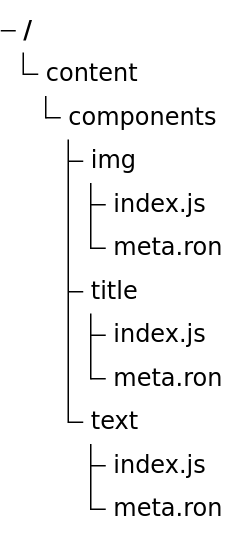
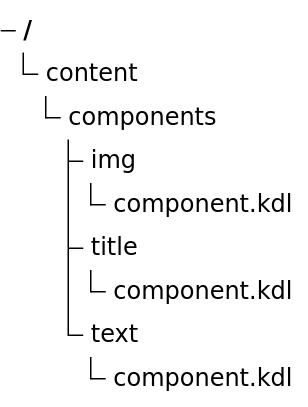
The second of 2 diagrams in README.md (Ertanic/roffen), drawn with Mermaid before and after one commit. The commit also changed other lines of this file and 4 other files, not shown here.

Commit message:
docs: update component documentation to use KDL syntax and add new template functions

````diff
--- a/README.md
+++ b/README.md
@@ -192,14 +195,11 @@
 ```mermaid
 treeView-beta
     "content"
         "components"
             "img"
-                "index.js"
-                "meta.ron"
+                "component.kdl"
             "title"
-                "index.js"
-                "meta.ron"
+                "component.kdl"
             "text"
-                "index.js"
-                "meta.ron"
+                "component.kdl"
 ```
````
